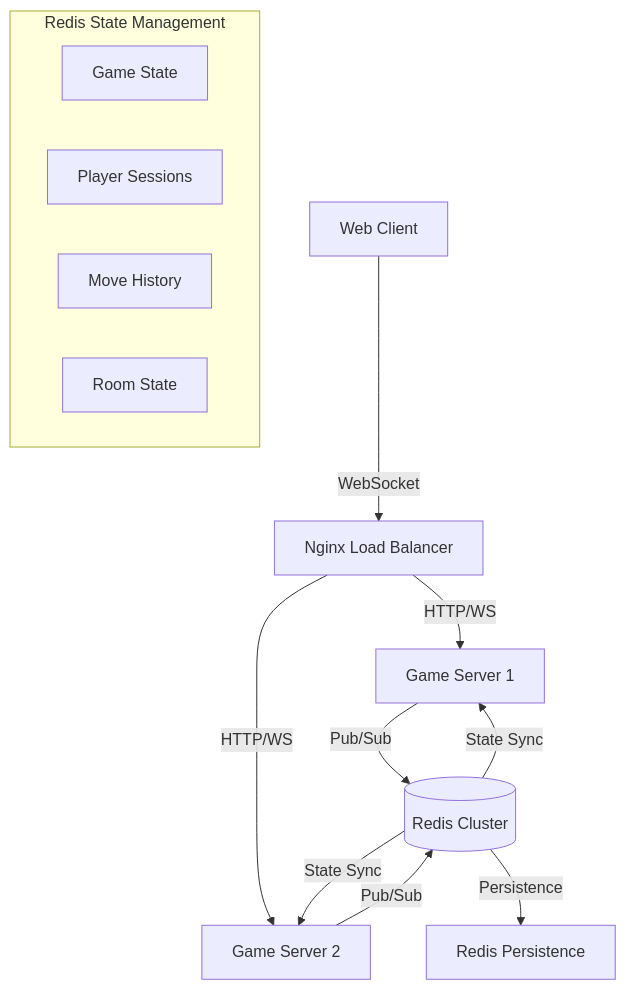
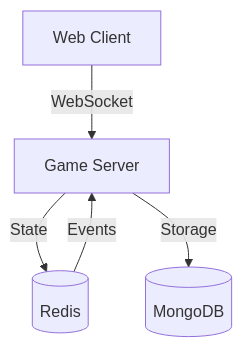
Before and after one commit to vcb88/ctorgame: the diagram in README.md, drawn with Mermaid. The commit also changed other lines of this file and 1 other file, not shown here.

First line of the commit message:
docs: update README and ROADMAP with MVP focus

````diff
--- a/README.md
+++ b/README.md
@@ -114,18 +80,7 @@
 ```mermaid
 graph TD
-    Client[Web Client] -->|WebSocket| LoadBalancer[Nginx Load Balancer]
-    LoadBalancer -->|HTTP/WS| Server1[Game Server 1]
-    LoadBalancer -->|HTTP/WS| Server2[Game Server 2]
-    Server1 -->|Pub/Sub| Redis[(Redis Cluster)]
-    Server2 -->|Pub/Sub| Redis
-    Redis -->|State Sync| Server1
-    Redis -->|State Sync| Server2
-    Redis -->|Persistence| Storage[Redis Persistence]
-    
-    subgraph Redis State Management
-        GameState[Game State]
-        PlayerSessions[Player Sessions]
-        MoveHistory[Move History]
-        RoomState[Room State]
-    end
+    Client[Web Client] -->|WebSocket| Server[Game Server]
+    Server -->|State| Redis[(Redis)]
+    Server -->|Storage| MongoDB[(MongoDB)]
+    Redis -->|Events| Server
 ```
````
